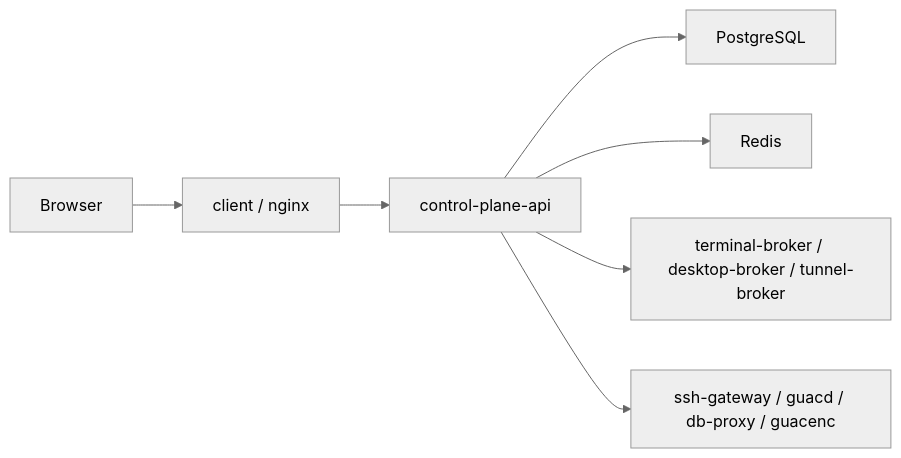
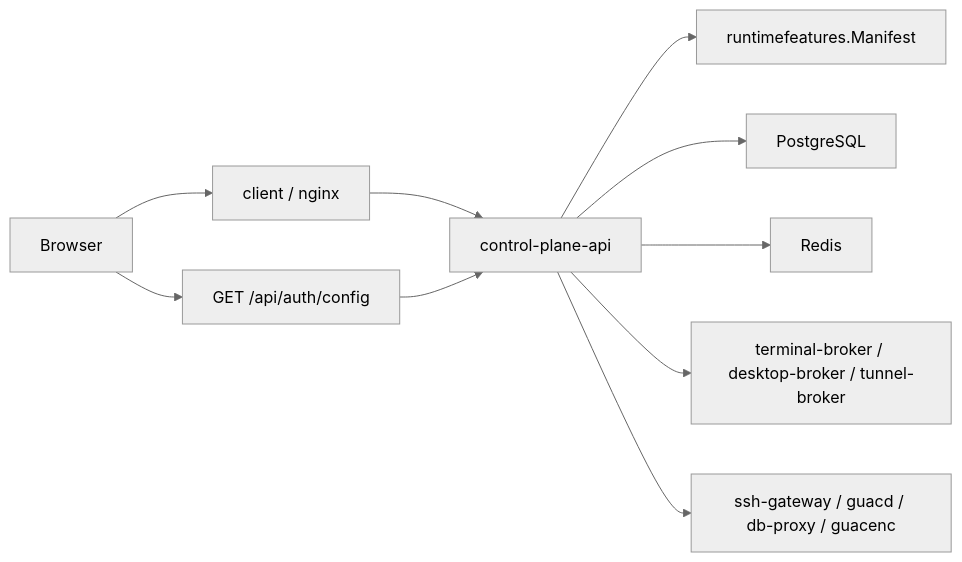
Before and after one commit to dnviti/remote-desktop-manager: the diagram in docs/llm-context.md, drawn with Mermaid (neutral theme). The commit also changed other lines of this file and 80 other files, not shown here.

Commit message:
Add installer-managed deployment flow and runtime feature manifest

````diff
--- a/docs/llm-context.md
+++ b/docs/llm-context.md
@@ -52,9 +80,12 @@
 ```mermaid
 flowchart LR
     Browser["Browser"] --> Client["client / nginx"]
+    Browser --> PublicConfig["GET /api/auth/config"]
     Client --> API["control-plane-api"]
+    PublicConfig --> API
+    API --> Features["runtimefeatures.Manifest"]
     API --> Postgres["PostgreSQL"]
     API --> Redis["Redis"]
     API --> Brokers["terminal-broker / desktop-broker / tunnel-broker"]
     API --> Gateways["ssh-gateway / guacd / db-proxy / guacenc"]
 ```
````
